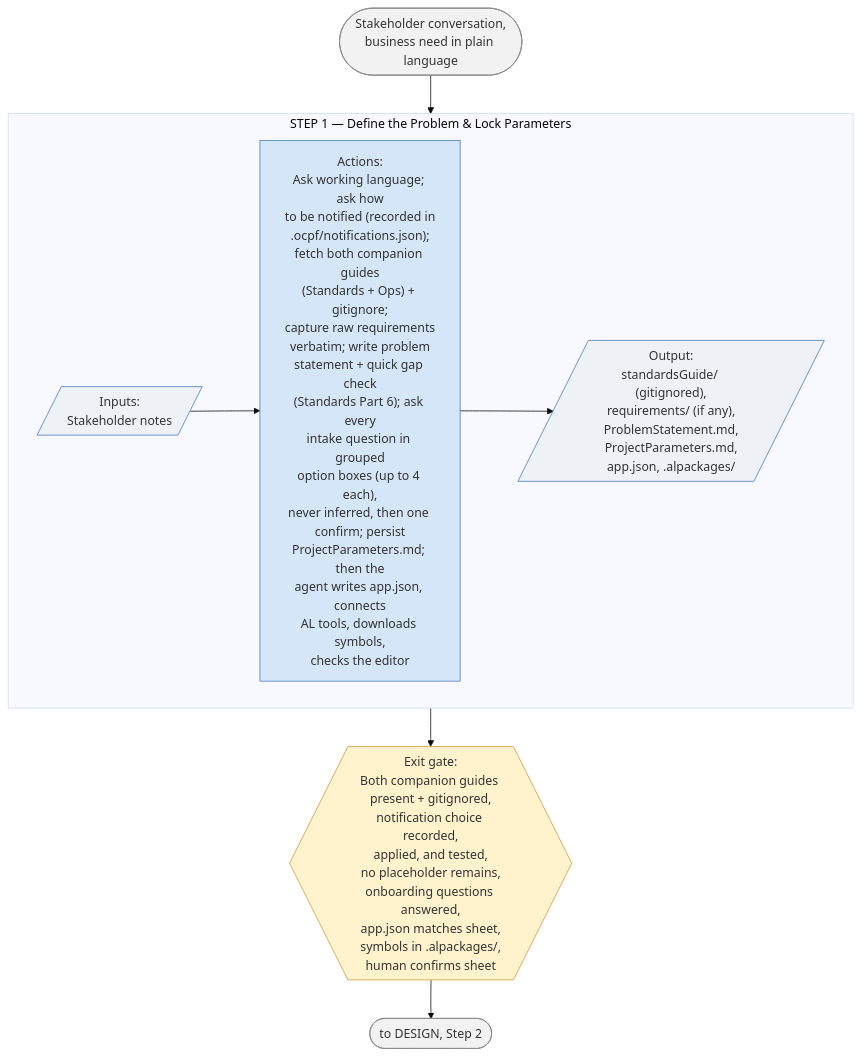
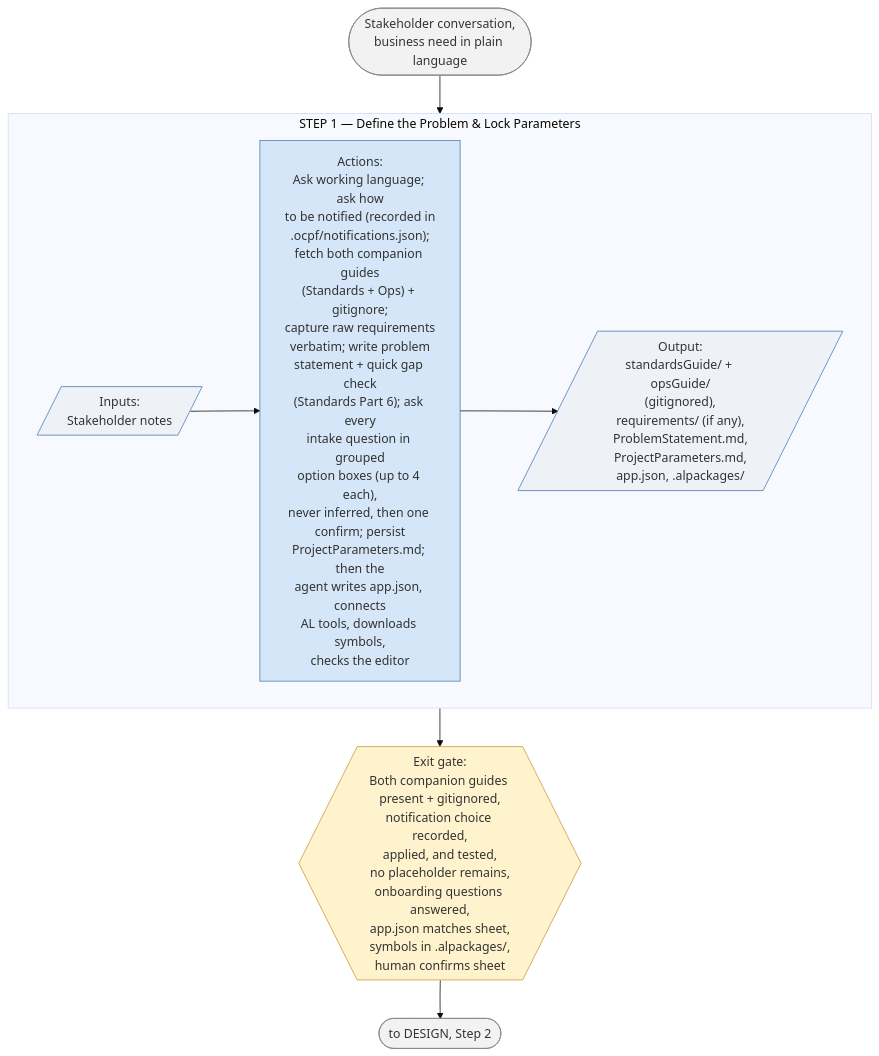
The third of 7 diagrams in liteVersion/LITE_RunbookSchematics.md (ajansari/ocpfBcAgenticDevFramework), drawn with Mermaid (base theme) before and after one commit. The commit also changed 18 other files, not shown here.

First line of the commit message:
Ops split: fixes from review — skill and documents-mode pointers, fetch order, restored Lite scoping

````diff
--- a/liteVersion/LITE_RunbookSchematics.md
+++ b/liteVersion/LITE_RunbookSchematics.md
@@ -116,21 +116,21 @@
 ```mermaid
 flowchart TD
     Start(["Stakeholder conversation,<br/>business need in plain language"]) --> S1
 
     subgraph S1["STEP 1 — Define the Problem & Lock Parameters"]
         direction LR
-        In1[/"Inputs:<br/>Stakeholder notes"/] --> Act1["Actions:<br/>Ask working language; ask how<br/>to be notified (recorded in<br/>.ocpf/notifications.json);<br/>fetch both companion guides<br/>(Standards + Ops) + gitignore;<br/>capture raw requirements<br/>verbatim; write problem<br/>statement + quick gap check<br/>(Standards Part 6); ask every<br/>intake question in grouped<br/>option boxes (up to 4 each),<br/>never inferred, then one confirm; persist<br/>ProjectParameters.md; then the<br/>agent writes app.json, connects<br/>AL tools, downloads symbols,<br/>checks the editor"] --> Out1[/"Output:<br/>standardsGuide/ (gitignored),<br/>requirements/ (if any),<br/>ProblemStatement.md,<br/>ProjectParameters.md,<br/>app.json, .alpackages/"/]
+        In1[/"Inputs:<br/>Stakeholder notes"/] --> Act1["Actions:<br/>Ask working language; ask how<br/>to be notified (recorded in<br/>.ocpf/notifications.json);<br/>fetch both companion guides<br/>(Standards + Ops) + gitignore;<br/>capture raw requirements<br/>verbatim; write problem<br/>statement + quick gap check<br/>(Standards Part 6); ask every<br/>intake question in grouped<br/>option boxes (up to 4 each),<br/>never inferred, then one confirm; persist<br/>ProjectParameters.md; then the<br/>agent writes app.json, connects<br/>AL tools, downloads symbols,<br/>checks the editor"] --> Out1[/"Output:<br/>standardsGuide/ + opsGuide/<br/>(gitignored),<br/>requirements/ (if any),<br/>ProblemStatement.md,<br/>ProjectParameters.md,<br/>app.json, .alpackages/"/]
     end
     S1 --> Gate1{{"Exit gate:<br/>Both companion guides present + gitignored,<br/>notification choice recorded,<br/>applied, and tested,<br/>no placeholder remains,<br/>onboarding questions answered,<br/>app.json matches sheet,<br/>symbols in .alpackages/,<br/>human confirms sheet"}}
 
     Gate1 --> Next(["to DESIGN, Step 2"])
 
     classDef io fill:#eef2f7,stroke:#4a7ab5,stroke-width:1px;
     classDef act fill:#d4e6f7,stroke:#4a7ab5,stroke-width:1px;
     classDef gate fill:#fff3cd,stroke:#c99a3a,stroke-width:1px;
     classDef endpoint fill:#f2f2f2,stroke:#888,stroke-width:1px;
     class In1,Out1 io;
     class Act1 act;
     class Gate1 gate;
     class Start,Next endpoint;
 ```
````
